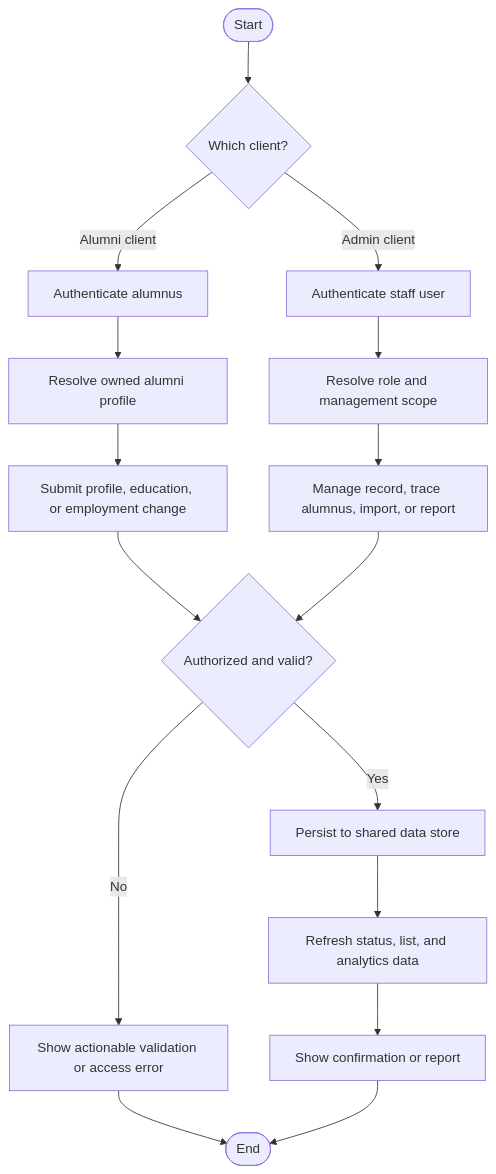
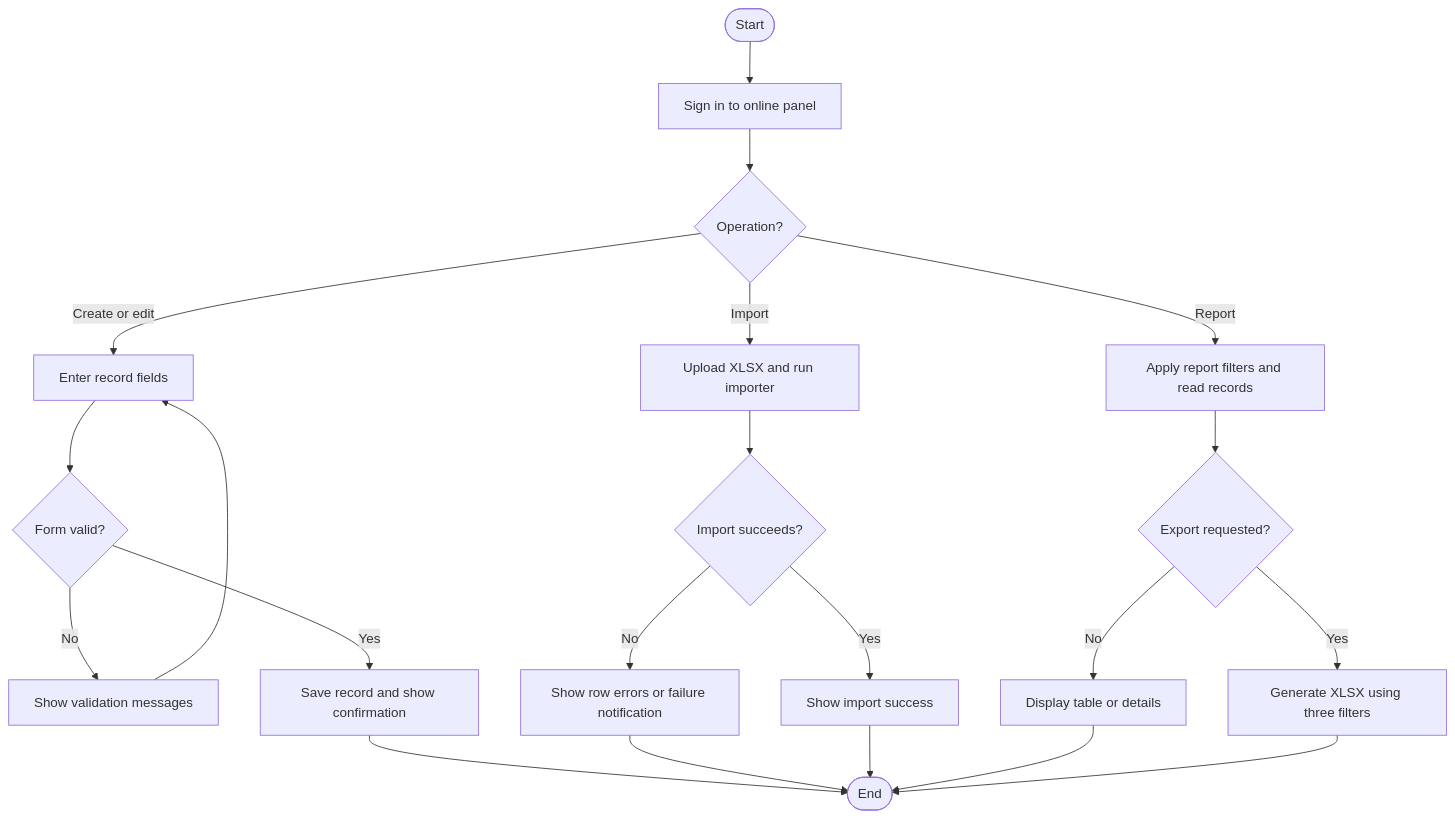
Before and after one commit to zrlldy/alumni-tracer: the second of 3 diagrams in requirements-modeling.md, drawn with Mermaid. The commit also changed other lines of this file and 19 other files, not shown here.

Commit message:
added the alumni data report export page

````diff
--- a/requirements-modeling.md
+++ b/requirements-modeling.md
@@ -104,18 +113,23 @@
 ```mermaid
 flowchart TD
-    S([Start]) --> A{Which client?}
-    A -->|Alumni client| B[Authenticate alumnus]
-    A -->|Admin client| C[Authenticate staff user]
-    B --> D[Resolve owned alumni profile]
-    C --> E[Resolve role and management scope]
-    D --> F[Submit profile, education, or employment change]
-    E --> G[Manage record, trace alumnus, import, or report]
-    F --> H{Authorized and valid?}
-    G --> H
-    H -->|No| I[Show actionable validation or access error]
-    I --> J([End])
-    H -->|Yes| K[Persist to shared data store]
-    K --> L[Refresh status, list, and analytics data]
-    L --> M[Show confirmation or report]
-    M --> J
+    S([Start]) --> A[Sign in to online panel]
+    A --> B{Operation?}
+    B -->|Create or edit| C[Enter record fields]
+    C --> V{Form valid?}
+    V -->|No| E[Show validation messages]
+    E --> C
+    V -->|Yes| D[Save record and show confirmation]
+    B -->|Import| I[Upload XLSX and run importer]
+    I --> R{Import succeeds?}
+    R -->|No| X[Show row errors or failure notification]
+    R -->|Yes| F[Show import success]
+    B -->|Report| Q[Apply report filters and read records]
+    Q --> H{Export requested?}
+    H -->|No| M[Display table or details]
+    H -->|Yes| W[Generate XLSX using three filters]
+    D --> Z([End])
+    X --> Z
+    F --> Z
+    M --> Z
+    W --> Z
 ```
````
